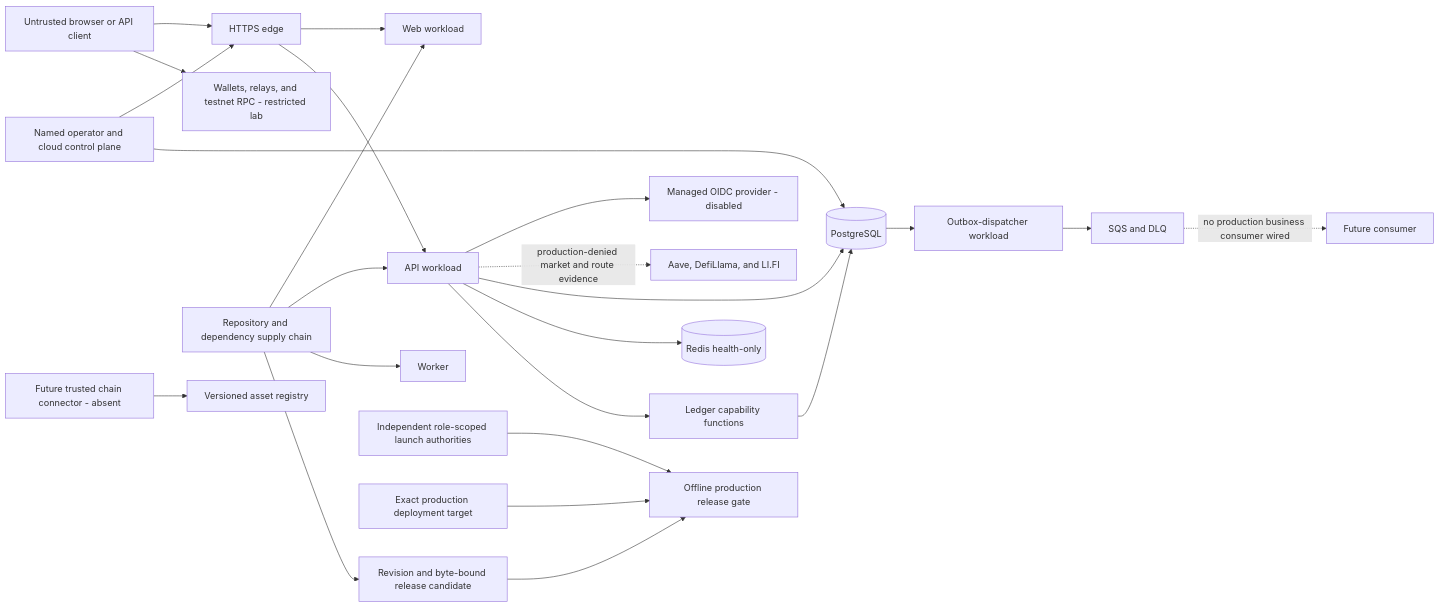
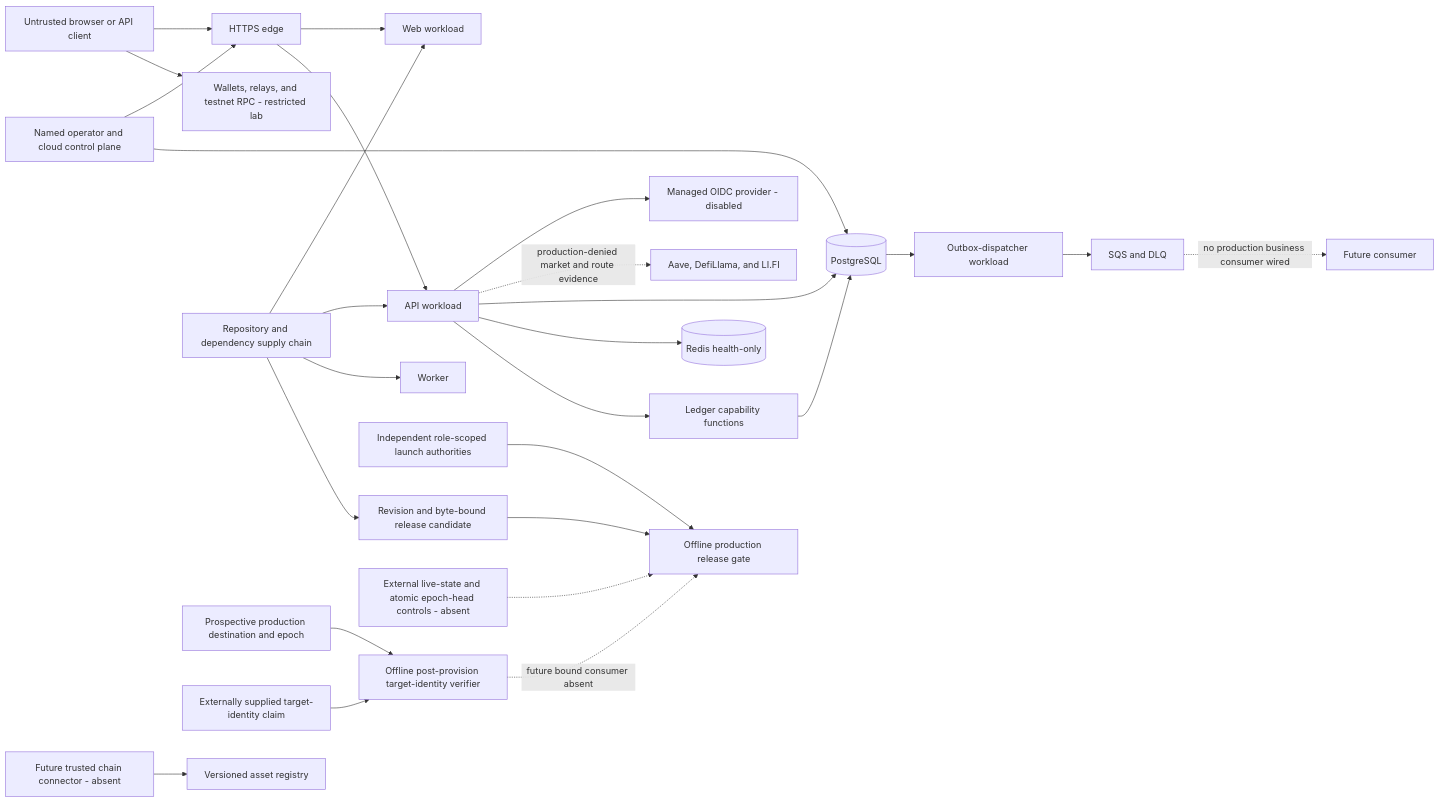
One commit to BurstCrypto/Crypto-lending changed the diagram in docs/security/threat-model.md. Above: the diagram before and after it, drawn with Mermaid. The commit also changed other lines of this file and 4 other files, not shown here.

````diff
--- a/docs/security/threat-model.md
+++ b/docs/security/threat-model.md
@@ -46,26 +46,29 @@
 ```mermaid
 flowchart LR
   Client[Untrusted browser or API client] --> Edge[HTTPS edge]
   Edge --> Web[Web workload]
   Edge --> API[API workload]
   API --> IdP[Managed OIDC provider - disabled]
   API -. production-denied market and route evidence .-> FeedVendors[Aave, DefiLlama, and LI.FI]
   Client --> Wallet[Wallets, relays, and testnet RPC - restricted lab]
   API --> DB[(PostgreSQL)]
   API --> Redis[(Redis health-only)]
   DB --> Dispatcher[Outbox-dispatcher workload]
   Dispatcher --> Queue[SQS and DLQ]
   Queue -. no production business consumer wired .-> FutureConsumer[Future consumer]
   API --> Ledger[Ledger capability functions]
   Ledger --> DB
   Connector[Future trusted chain connector - absent] --> Registry[Versioned asset registry]
   Operator[Named operator and cloud control plane] --> Edge
   Operator --> DB
   Repository[Repository and dependency supply chain] --> Web
   Repository --> API
   Repository --> Worker
   Repository --> Candidate[Revision and byte-bound release candidate]
   Candidate --> Gate[Offline production release gate]
   Authorities[Independent role-scoped launch authorities] --> Gate
-  Target[Exact production deployment target] --> Gate
+  Destination[Prospective production destination and epoch] --> Enrollment[Offline post-provision target-identity verifier]
+  ClaimedTarget[Externally supplied target-identity claim] --> Enrollment
+  Enrollment -. future bound consumer absent .-> Gate
+  LiveState[External live-state and atomic epoch-head controls - absent] -.-> Gate
 ```
````
